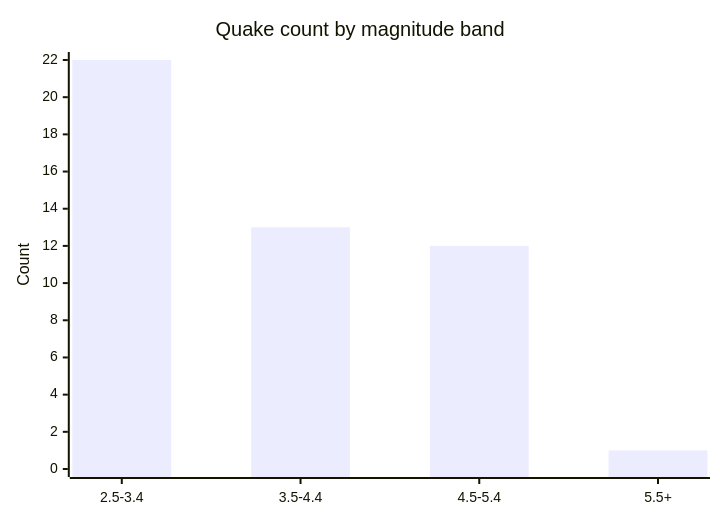
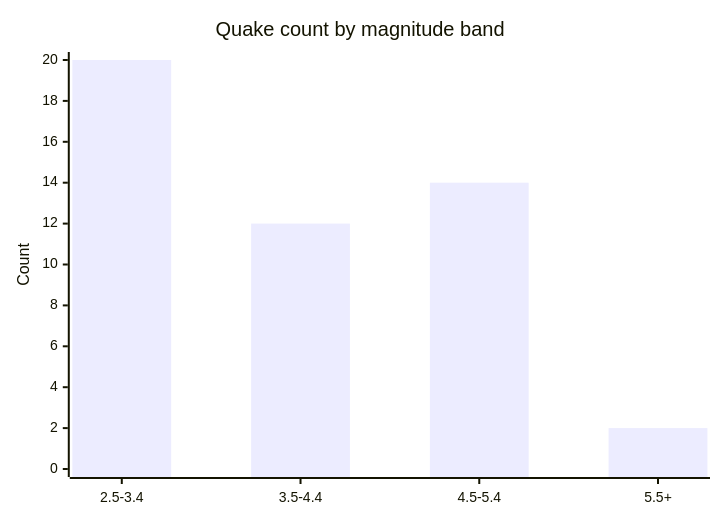
The fifth of 6 diagrams in docs/GRAPHS.md (Midwest-Stratospheric/aerostratospheric-defense-gir), drawn with Mermaid before and after one commit. The commit also changed other lines of this file and 23 other files, not shown here.

````diff
--- a/docs/GRAPHS.md
+++ b/docs/GRAPHS.md
@@ -82,7 +82,7 @@
 ```mermaid
 xychart-beta
   title "Quake count by magnitude band"
   x-axis ["2.5-3.4", "3.5-4.4", "4.5-5.4", "5.5+"]
-  y-axis "Count" 0 --> 22
-  bar [22, 13, 12, 1]
+  y-axis "Count" 0 --> 20
+  bar [20, 12, 14, 2]
 ```
````
